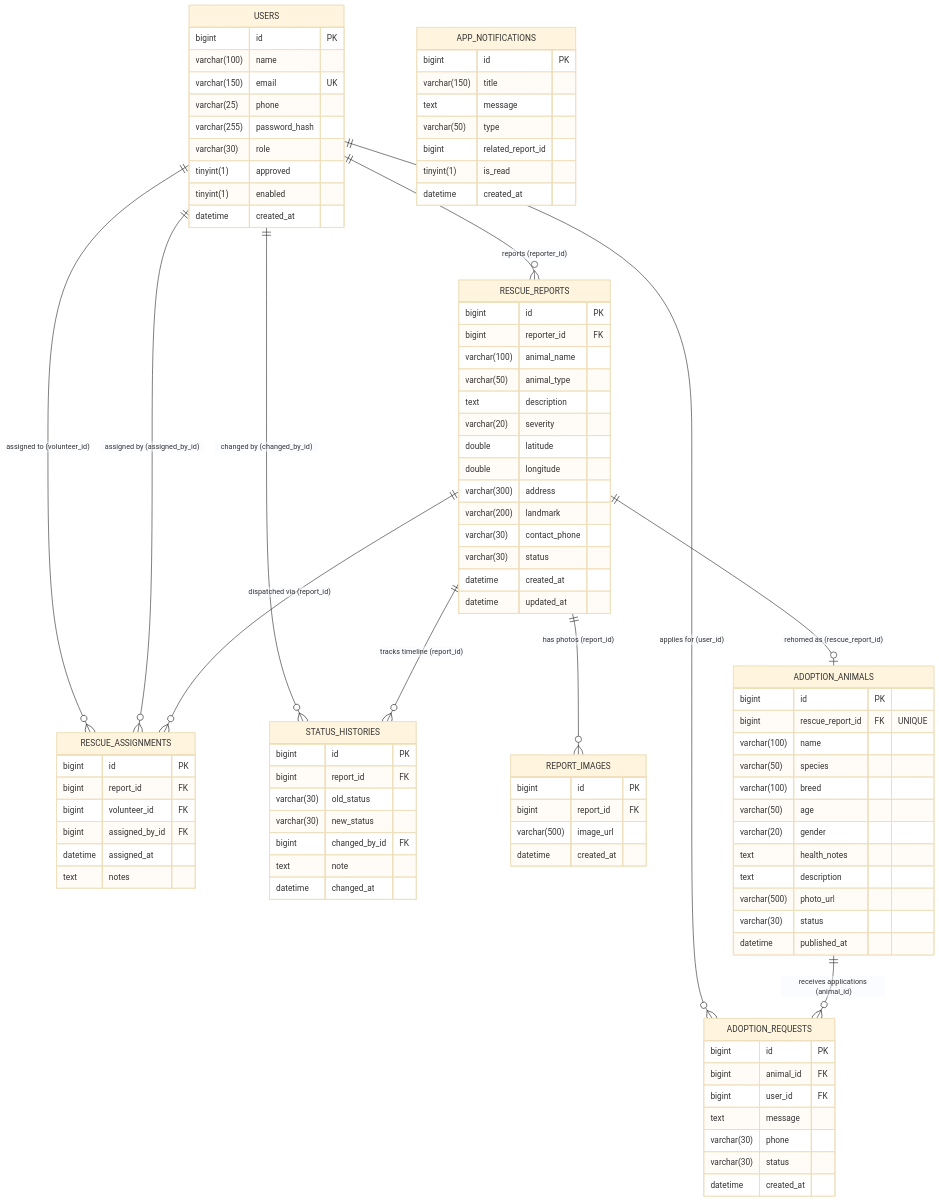
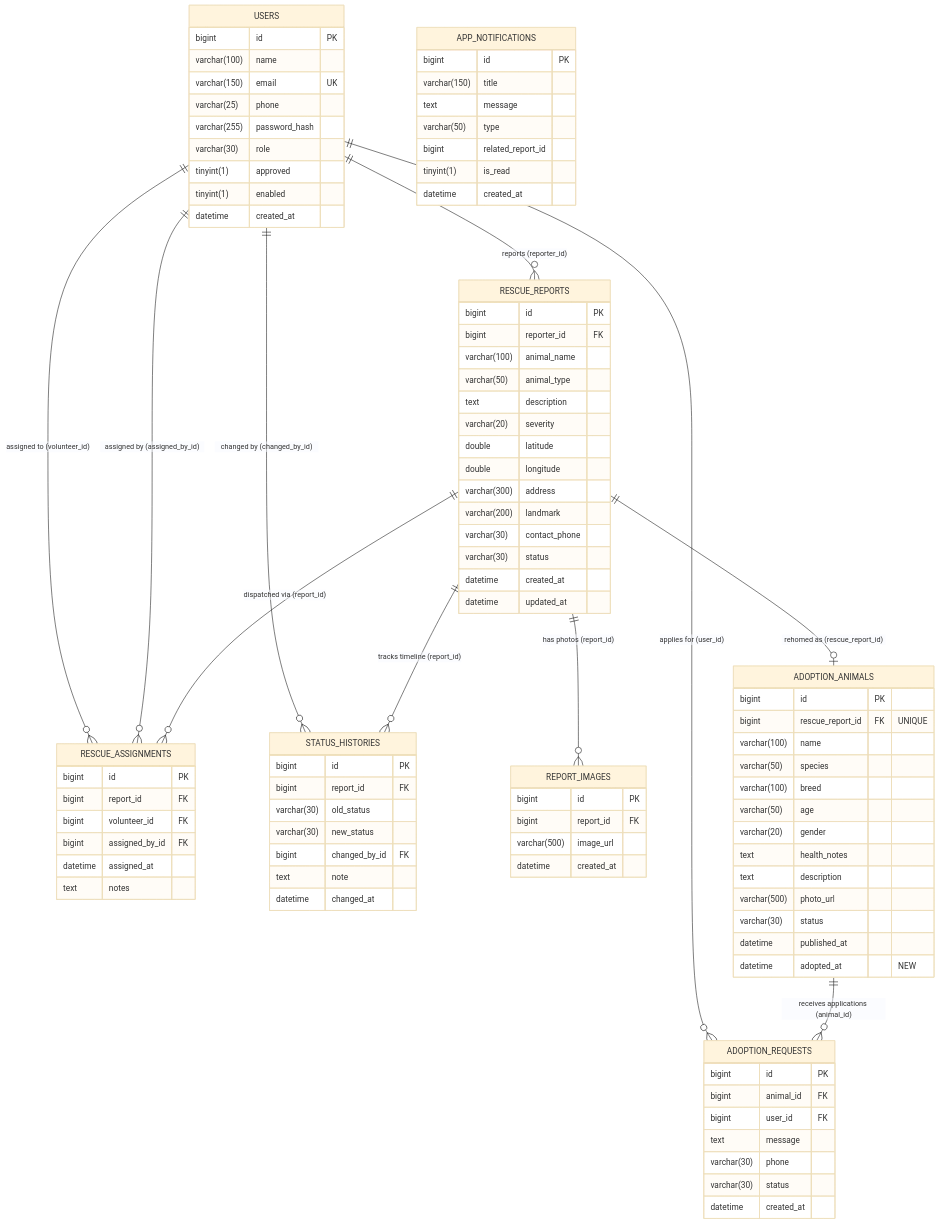
Before and after one commit to Rupam797/AnimalRescuePlatform: the fourth of 4 diagrams in README.md, drawn with Mermaid (base theme). The commit also changed other lines of this file, not shown here.

Commit message:
docs: update README with adoption analytics, volunteer tracking, GPS routing, and schema details

```diff
--- a/README.md
+++ b/README.md
@@ -325,6 +372,7 @@
         varchar(500) photo_url
         varchar(30) status
         datetime published_at
+        datetime adopted_at "NEW"
     }
 
     ADOPTION_REQUESTS {
```
